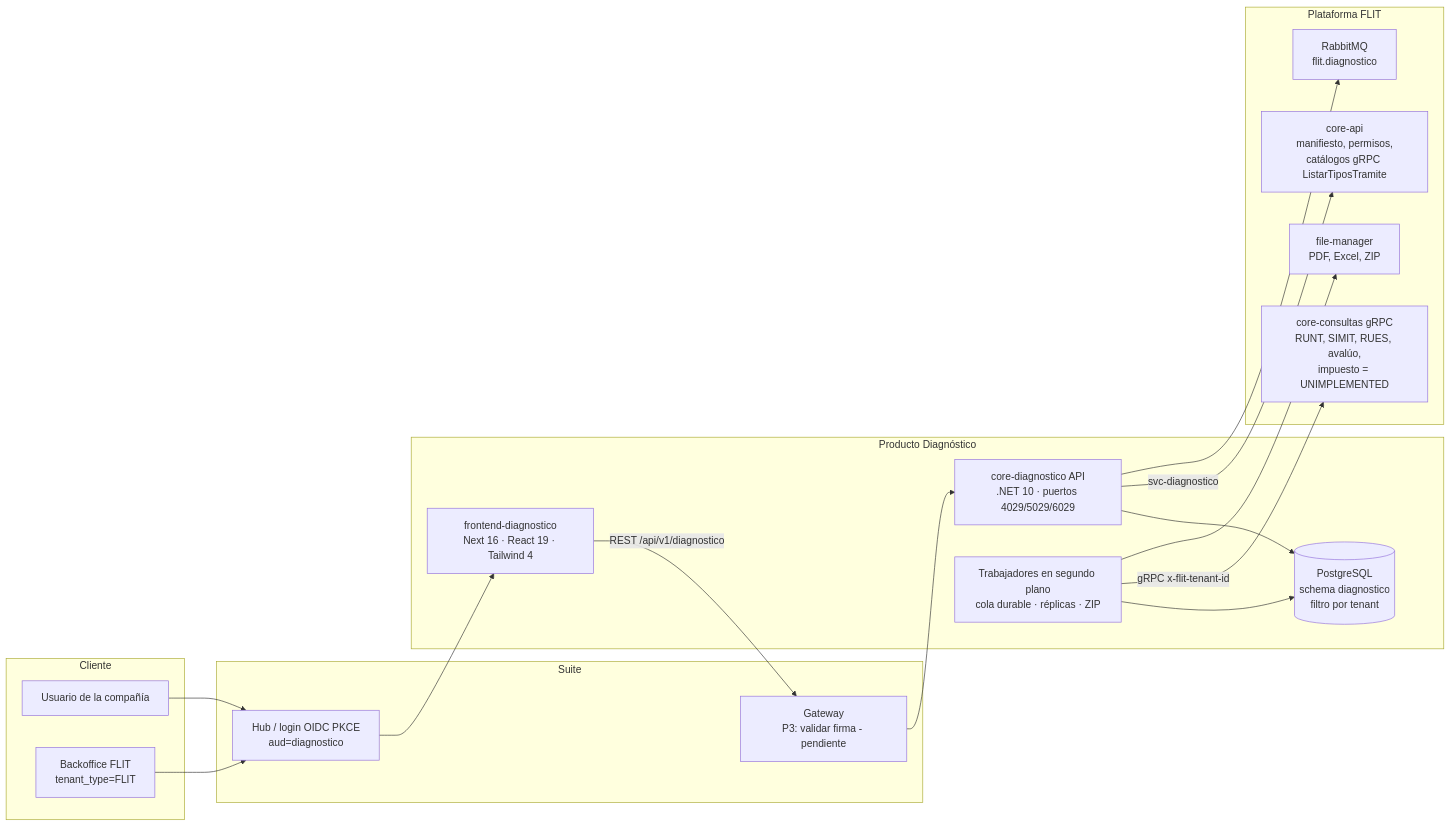
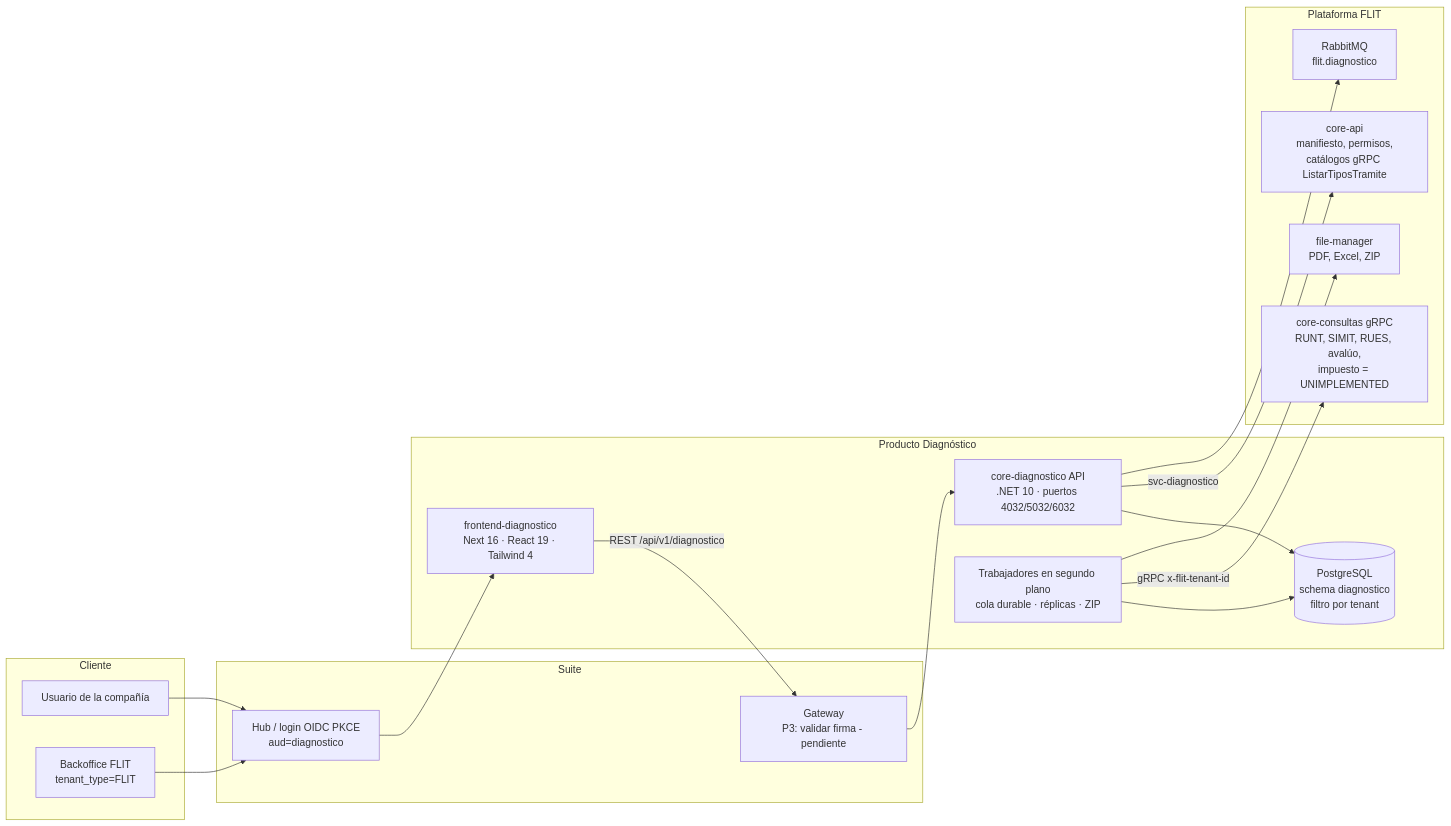
One commit to flitsas/flit changed the fifth of 9 diagrams in docs/diagnosticos/estado-implementacion-diagnostico-2026-10-23.md. Above: the diagram before and after it, drawn with Mermaid. The commit also changed 23 other files, not shown here.

````diff
--- a/docs/diagnosticos/estado-implementacion-diagnostico-2026-10-23.md
+++ b/docs/diagnosticos/estado-implementacion-diagnostico-2026-10-23.md
@@ -148,32 +148,32 @@
 ```mermaid
 flowchart LR
   subgraph Cliente
     U[Usuario de la compañía]
     BO[Backoffice FLIT<br/>tenant_type=FLIT]
   end
   subgraph Suite
     HUB[Hub / login OIDC PKCE<br/>aud=diagnostico]
     GW[Gateway<br/>P3: validar firma - pendiente]
   end
   subgraph Producto Diagnóstico
     FE[frontend-diagnostico<br/>Next 16 · React 19 · Tailwind 4]
-    API[core-diagnostico API<br/>.NET 10 · puertos 4029/5029/6029]
+    API[core-diagnostico API<br/>.NET 10 · puertos 4032/5032/6032]
     WK[Trabajadores en segundo plano<br/>cola durable · réplicas · ZIP]
     DB[(PostgreSQL<br/>schema diagnostico<br/>filtro por tenant)]
   end
   subgraph Plataforma FLIT
     CORE[core-api<br/>manifiesto, permisos,<br/>catálogos gRPC ListarTiposTramite]
     CONS[core-consultas gRPC<br/>RUNT, SIMIT, RUES, avalúo,<br/>impuesto = UNIMPLEMENTED]
     FM[file-manager<br/>PDF, Excel, ZIP]
     MQ[RabbitMQ<br/>flit.diagnostico]
   end
   U --> HUB --> FE
   BO --> HUB
   FE -->|REST /api/v1/diagnostico| GW --> API
   API --> DB
   WK --> DB
   API -->|svc-diagnostico| CORE
   WK -->|gRPC x-flit-tenant-id| CONS
   WK --> FM
   API --> MQ
 ```
````
